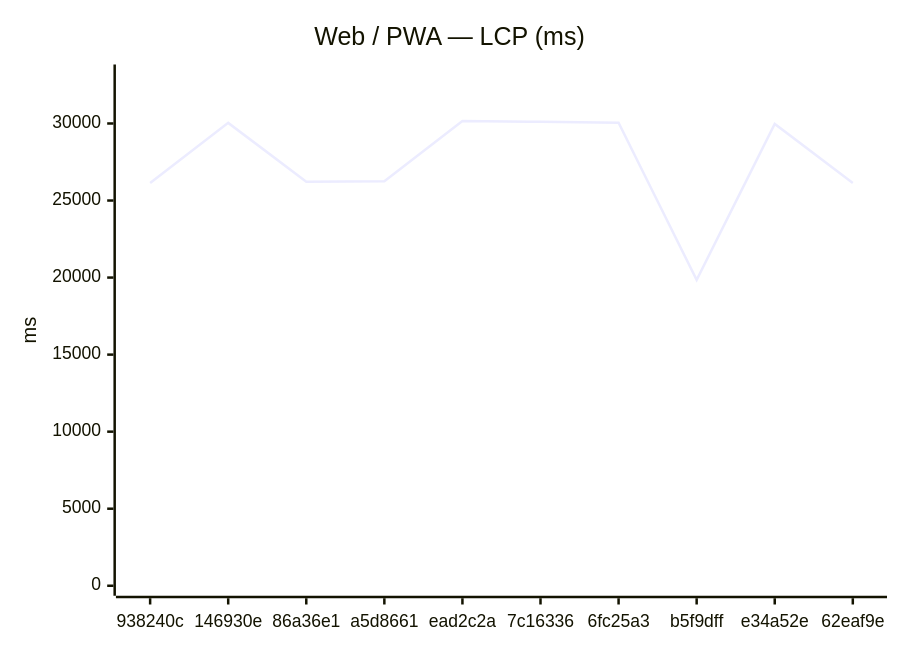
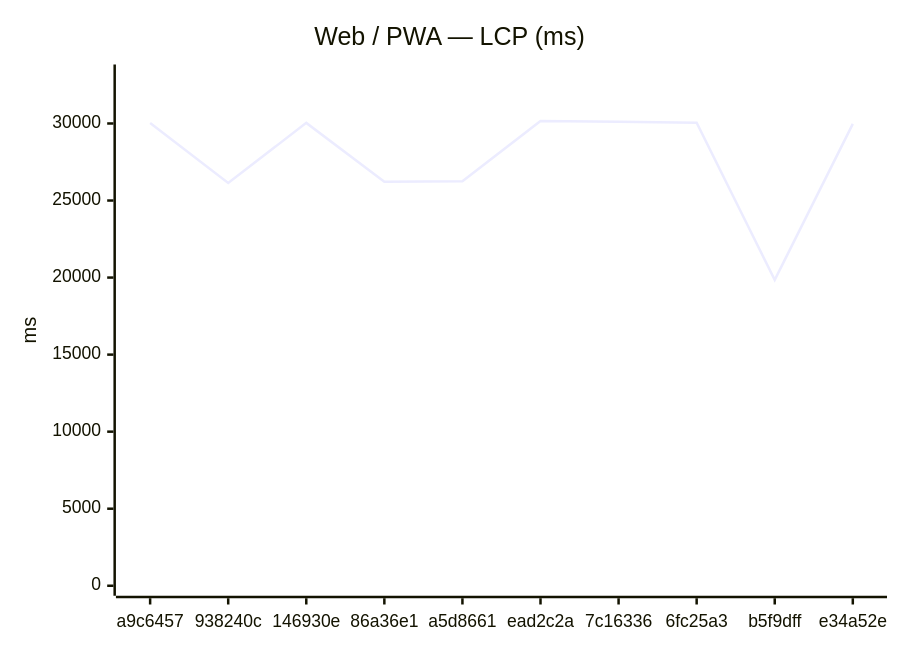
The first of 12 diagrams in benchmarks/compare.md (Metaheurist/Rianell), drawn with Mermaid before and after one commit. The commit also changed other lines of this file and 8 other files, not shown here.

````diff
--- a/benchmarks/compare.md
+++ b/benchmarks/compare.md
@@ -24,7 +24,7 @@
 ```mermaid
 xychart-beta
     title "Web / PWA — LCP (ms)"
-    x-axis ["938240c", "146930e", "86a36e1", "a5d8661", "ead2c2a", "7c16336", "6fc25a3", "b5f9dff", "e34a52e", "62eaf9e"]
+    x-axis ["a9c6457", "938240c", "146930e", "86a36e1", "a5d8661", "ead2c2a", "7c16336", "6fc25a3", "b5f9dff", "e34a52e"]
     y-axis "ms" 0 --> 33179
-    line [26143, 30039, 26222, 26258, 30162, 30106, 30044, 19849, 29974, 26139]
+    line [30029, 26143, 30039, 26222, 26258, 30162, 30106, 30044, 19849, 29974]
 ```
````
